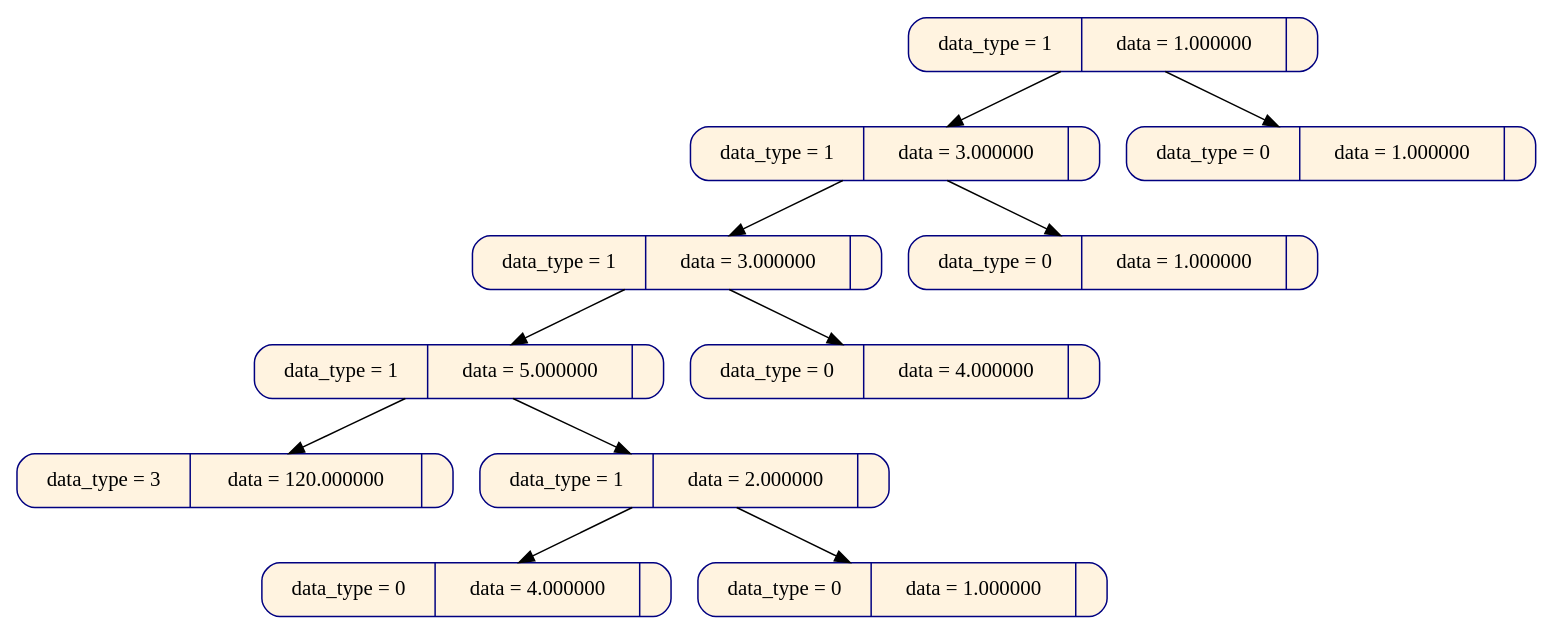
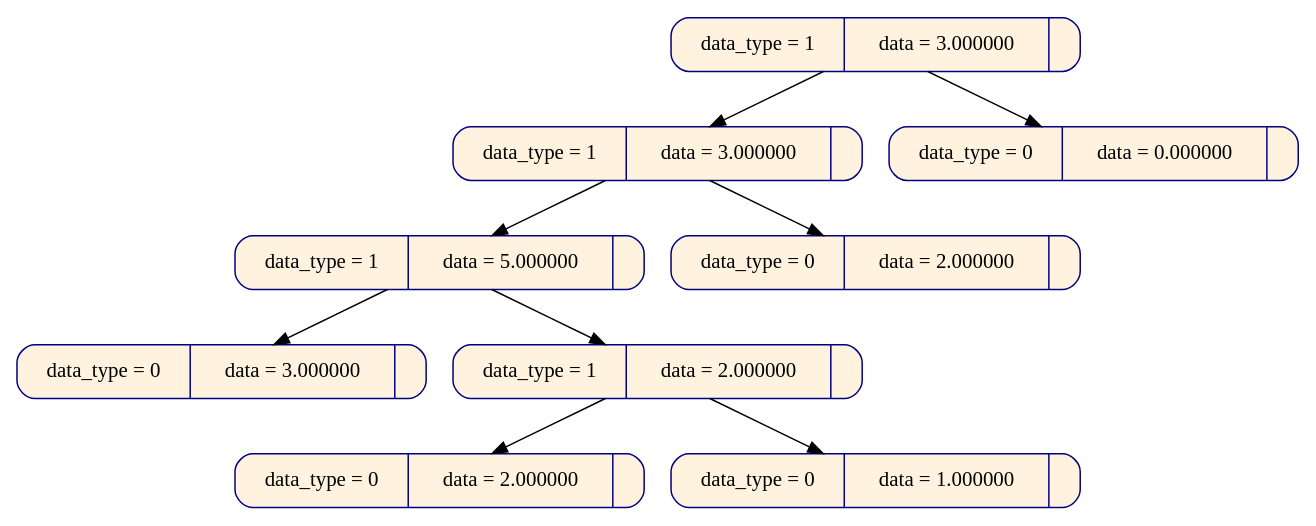
The diagram in diff_tree/gr_dump/res_tree_before_ret.dot (pupach/diff_tree), drawn with Graphviz before and after one commit. The commit also changed 50 other files, not shown here.

```diff
--- a/diff_tree/gr_dump/res_tree_before_ret.dot
+++ b/diff_tree/gr_dump/res_tree_before_ret.dot
@@ -1,25 +1,21 @@
 digraph
 {
 node [shape = Mrecord, color  = "navy", style = "filled"];
-node0x620000000260[label = " data_type = 1 | data = 1.000000 | ", fillcolor = "#fff3e0", rank = 0];
-node0x61f000000200[label = " data_type = 1 | data = 3.000000 | ", fillcolor = "#fff3e0", rank = 1];
-node0x61e0000001a0[label = " data_type = 1 | data = 3.000000 | ", fillcolor = "#fff3e0", rank = 2];
-node0x61c000000140[label = " data_type = 1 | data = 5.000000 | ", fillcolor = "#fff3e0", rank = 3];
-node0x604000000050[label = " data_type = 3 | data = 120.000000 | ", fillcolor = "#fff3e0", rank = 4];
-node0x61c0000000b0[label = " data_type = 1 | data = 2.000000 | ", fillcolor = "#fff3e0", rank = 4];
-node0x61c0000000e0[label = " data_type = 0 | data = 4.000000 | ", fillcolor = "#fff3e0", rank = 5];
-node0x61c000000110[label = " data_type = 0 | data = 1.000000 | ", fillcolor = "#fff3e0", rank = 5];
-node0x61e000000170[label = " data_type = 0 | data = 4.000000 | ", fillcolor = "#fff3e0", rank = 3];
-node0x61f0000001d0[label = " data_type = 0 | data = 1.000000 | ", fillcolor = "#fff3e0", rank = 2];
-node0x620000000230[label = " data_type = 0 | data = 1.000000 | ", fillcolor = "#fff3e0", rank = 1];
-node0x620000000260 -> node0x61f000000200;
-node0x61f000000200 -> node0x61e0000001a0;
-node0x61e0000001a0 -> node0x61c000000140;
-node0x61c000000140 -> node0x604000000050;
-node0x61c000000140 -> node0x61c0000000b0;
-node0x61c0000000b0 -> node0x61c0000000e0;
-node0x61c0000000b0 -> node0x61c000000110;
-node0x61e0000001a0 -> node0x61e000000170;
-node0x61f000000200 -> node0x61f0000001d0;
-node0x620000000260 -> node0x620000000230;
+node0x6230000002c0[label = " data_type = 1 | data = 3.000000 | ", fillcolor = "#fff3e0", rank = 0];
+node0x622000000250[label = " data_type = 1 | data = 3.000000 | ", fillcolor = "#fff3e0", rank = 1];
+node0x620000000160[label = " data_type = 1 | data = 5.000000 | ", fillcolor = "#fff3e0", rank = 2];
+node0x619000000a80[label = " data_type = 0 | data = 3.000000 | ", fillcolor = "#fff3e0", rank = 3];
+node0x6200000000b8[label = " data_type = 1 | data = 2.000000 | ", fillcolor = "#fff3e0", rank = 3];
+node0x6200000000f0[label = " data_type = 0 | data = 2.000000 | ", fillcolor = "#fff3e0", rank = 4];
+node0x620000000128[label = " data_type = 0 | data = 1.000000 | ", fillcolor = "#fff3e0", rank = 4];
+node0x622000000218[label = " data_type = 0 | data = 2.000000 | ", fillcolor = "#fff3e0", rank = 2];
+node0x623000000288[label = " data_type = 0 | data = 0.000000 | ", fillcolor = "#fff3e0", rank = 1];
+node0x6230000002c0 -> node0x622000000250;
+node0x622000000250 -> node0x620000000160;
+node0x620000000160 -> node0x619000000a80;
+node0x620000000160 -> node0x6200000000b8;
+node0x6200000000b8 -> node0x6200000000f0;
+node0x6200000000b8 -> node0x620000000128;
+node0x622000000250 -> node0x622000000218;
+node0x6230000002c0 -> node0x623000000288;
 }
```
